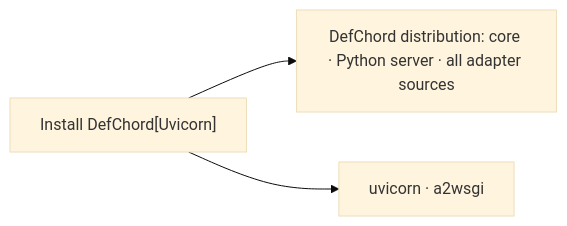
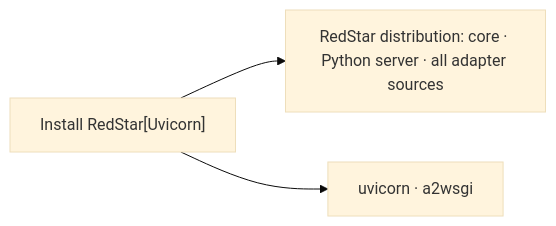
One commit to yong5eon/RedStar changed the diagram in docs/Packaging.en.md. Above: the diagram before and after it, drawn with Mermaid (base theme). The commit also changed other lines of this file and 65 other files, not shown here.

First line of the commit message:
DefChord를 RedStar로 이름 변경, 스타트업 로고 교체

````diff
--- a/docs/Packaging.en.md
+++ b/docs/Packaging.en.md
@@ -18,5 +18,5 @@
 ```mermaid
 flowchart LR
-  A["Install DefChord[Uvicorn]"] --> B["DefChord distribution: core · Python server · all adapter sources"]
+  A["Install RedStar[Uvicorn]"] --> B["RedStar distribution: core · Python server · all adapter sources"]
   A --> C["uvicorn · a2wsgi"]
 ```
````
